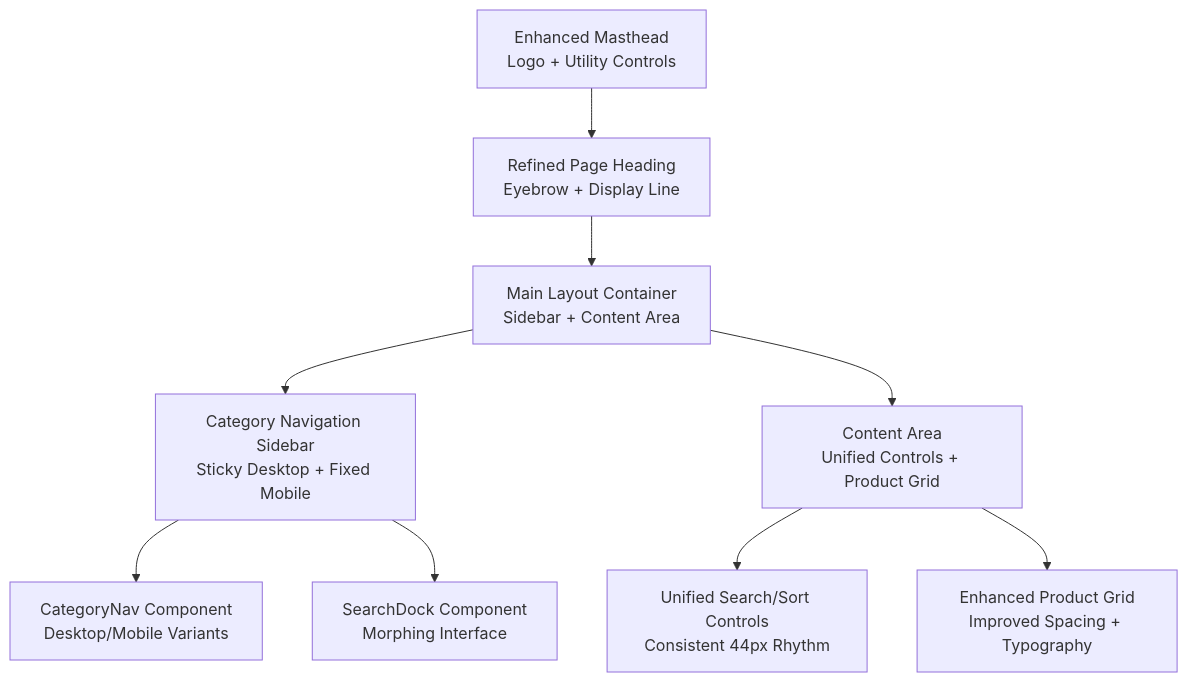
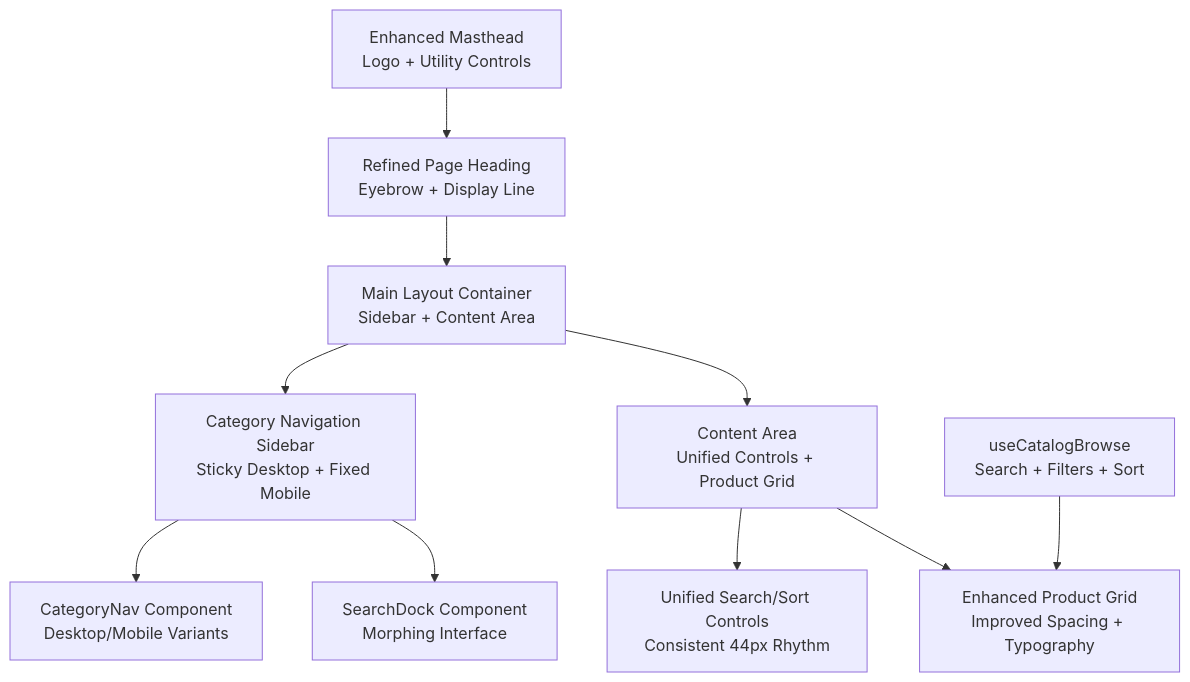
One commit to RaccoonPie-314/Raccoon-Gear-Bin changed the third of 4 diagrams in .qoder/repowiki/en/content/Pages & Routing/Page Structure & Organization.md. Above: the diagram before and after it, drawn with Mermaid. The commit also changed other lines of this file and 65 other files, not shown here.

````diff
--- a/.qoder/repowiki/en/content/Pages & Routing/Page Structure & Organization.md
+++ b/.qoder/repowiki/en/content/Pages & Routing/Page Structure & Organization.md
@@ -193,11 +199,12 @@
 ```mermaid
 flowchart TD
 Masthead["Enhanced Masthead<br/>Logo + Utility Controls"] --> Heading["Refined Page Heading<br/>Eyebrow + Display Line"]
 Heading --> MainLayout["Main Layout Container<br/>Sidebar + Content Area"]
 MainLayout --> Sidebar["Category Navigation Sidebar<br/>Sticky Desktop + Fixed Mobile"]
 MainLayout --> Content["Content Area<br/>Unified Controls + Product Grid"]
 Sidebar --> CategoryNav["CategoryNav Component<br/>Desktop/Mobile Variants"]
 Sidebar --> SearchDock["SearchDock Component<br/>Morphing Interface"]
 Content --> Controls["Unified Search/Sort Controls<br/>Consistent 44px Rhythm"]
 Content --> ProductGrid["Enhanced Product Grid<br/>Improved Spacing + Typography"]
+ControlState["useCatalogBrowse<br/>Search + Filters + Sort"] --> ProductGrid
 ```
````
